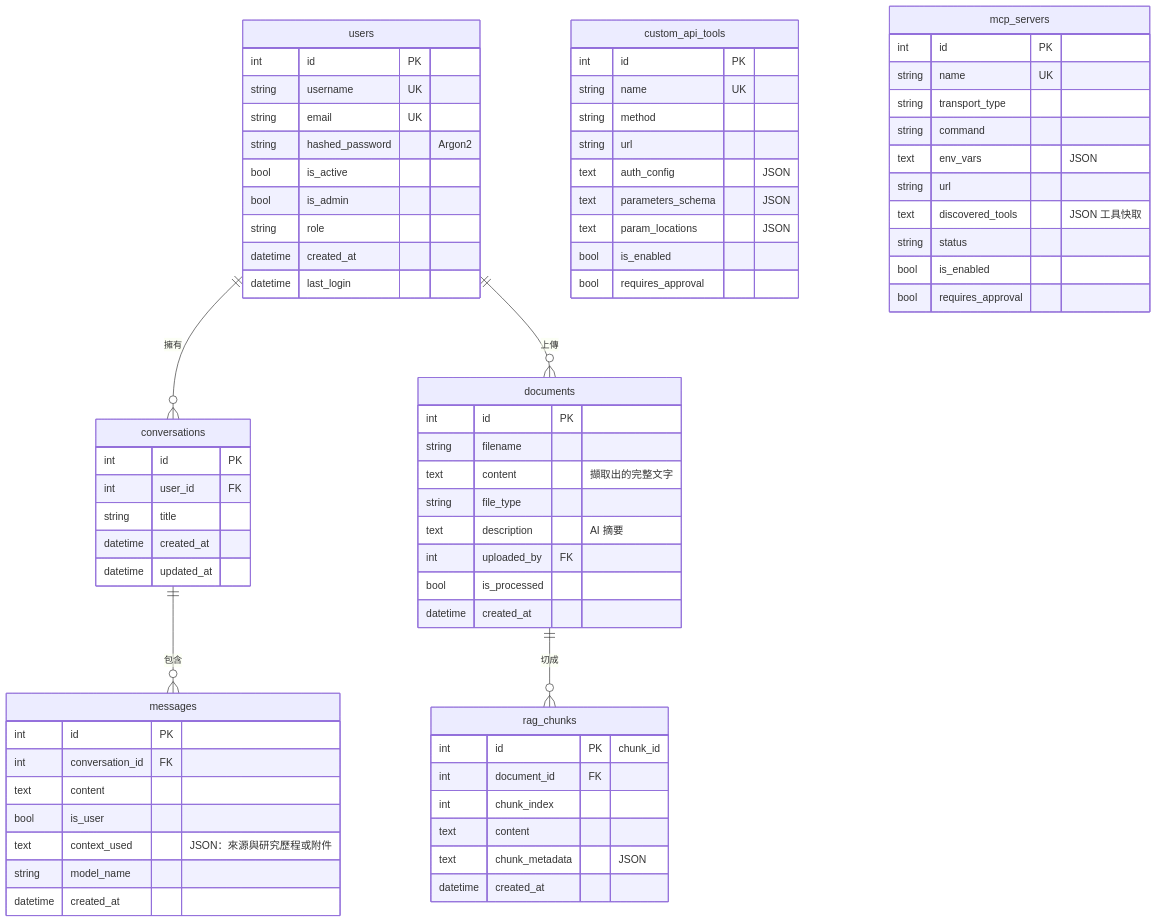
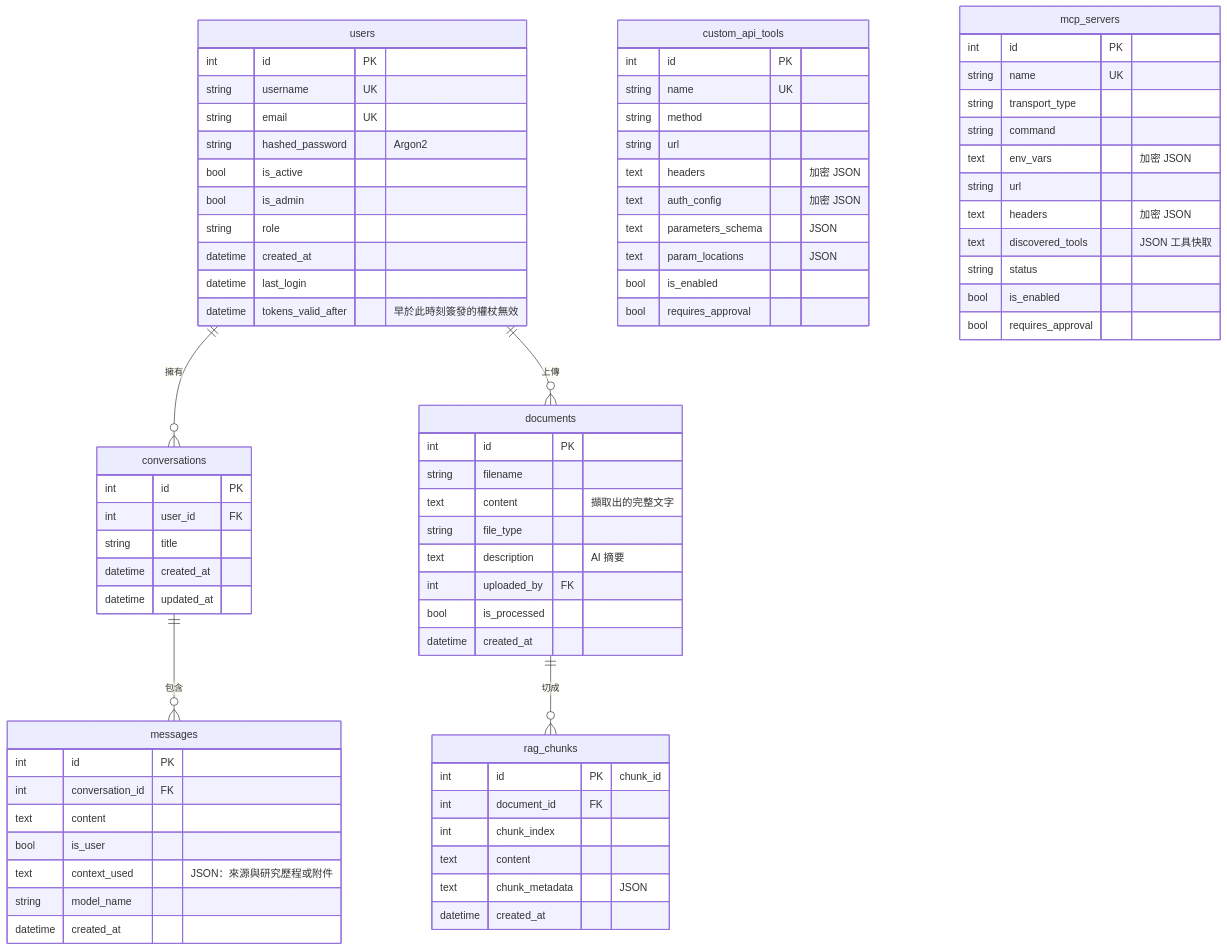
One commit to Scorpio-meow/AskMiao changed the third of 9 diagrams in docs/architecture.md. Above: the diagram before and after it, drawn with Mermaid. The commit also changed other lines of this file and 11 other files, not shown here.

````diff
--- a/docs/architecture.md
+++ b/docs/architecture.md
@@ -142,76 +142,79 @@
 ```mermaid
 erDiagram
     users ||--o{ conversations : "擁有"
     conversations ||--o{ messages : "包含"
     users ||--o{ documents : "上傳"
     documents ||--o{ rag_chunks : "切成"
 
     users {
         int id PK
         string username UK
         string email UK
         string hashed_password "Argon2"
         bool is_active
         bool is_admin
         string role
         datetime created_at
         datetime last_login
+        datetime tokens_valid_after "早於此時刻簽發的權杖無效"
     }
     conversations {
         int id PK
         int user_id FK
         string title
         datetime created_at
         datetime updated_at
     }
     messages {
         int id PK
         int conversation_id FK
         text content
         bool is_user
         text context_used "JSON：來源與研究歷程或附件"
         string model_name
         datetime created_at
     }
     documents {
         int id PK
         string filename
         text content "擷取出的完整文字"
         string file_type
         text description "AI 摘要"
         int uploaded_by FK
         bool is_processed
         datetime created_at
     }
     rag_chunks {
         int id PK "chunk_id"
         int document_id FK
         int chunk_index
         text content
         text chunk_metadata "JSON"
         datetime created_at
     }
     custom_api_tools {
         int id PK
         string name UK
         string method
         string url
-        text auth_config "JSON"
+        text headers "加密 JSON"
+        text auth_config "加密 JSON"
         text parameters_schema "JSON"
         text param_locations "JSON"
         bool is_enabled
         bool requires_approval
     }
     mcp_servers {
         int id PK
         string name UK
         string transport_type
         string command
-        text env_vars "JSON"
+        text env_vars "加密 JSON"
         string url
+        text headers "加密 JSON"
         text discovered_tools "JSON 工具快取"
         string status
         bool is_enabled
         bool requires_approval
     }
 ```
````
